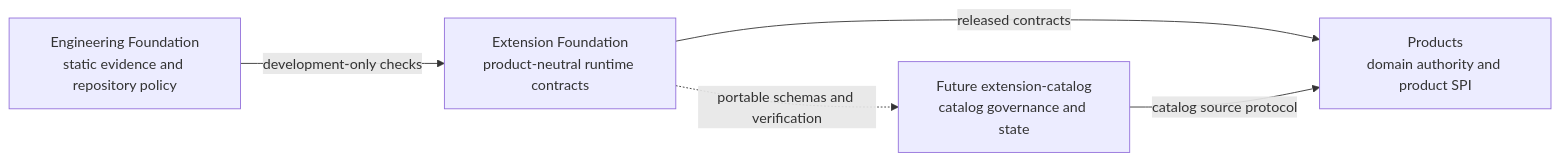
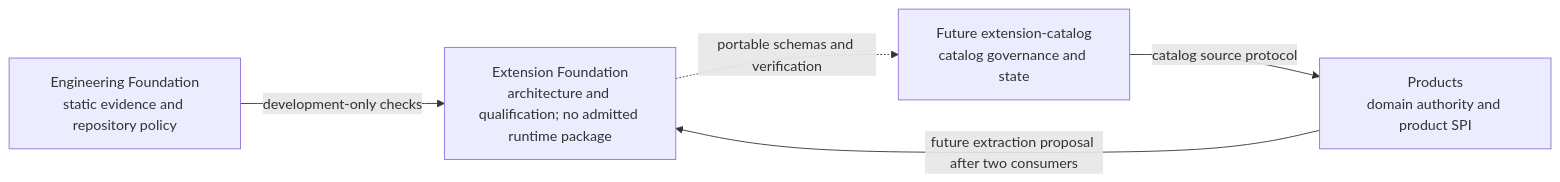
The diagram in docs/qualification/universal-module-extension-system/current-state.md (agent-teams-ai/extension-foundation), drawn with Mermaid before and after one commit. The commit also changed other lines of this file and 24 other files, not shown here.

Commit message:
docs(qualification): harden module architecture evidence

````diff
--- a/docs/qualification/universal-module-extension-system/current-state.md
+++ b/docs/qualification/universal-module-extension-system/current-state.md
@@ -102,12 +116,12 @@
 ```mermaid
 flowchart LR
     EF["Engineering Foundation<br/>static evidence and repository policy"]
-    XF["Extension Foundation<br/>product-neutral runtime contracts"]
+    XF["Extension Foundation<br/>architecture and qualification; no admitted runtime package"]
     P["Products<br/>domain authority and product SPI"]
     C["Future extension-catalog<br/>catalog governance and state"]
 
     EF -->|development-only checks| XF
-    XF -->|released contracts| P
+    P -->|future extraction proposal after two consumers| XF
     C -->|catalog source protocol| P
     XF -.->|portable schemas and verification| C
 ```
````
